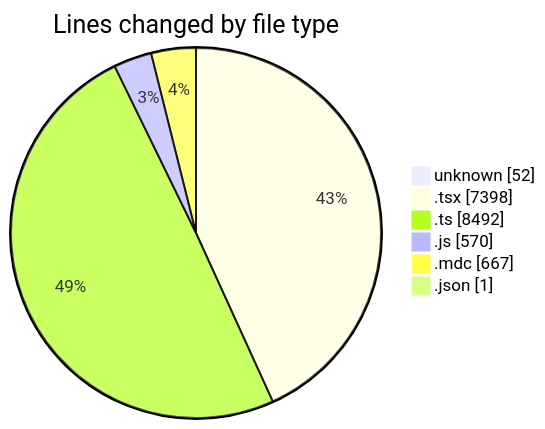
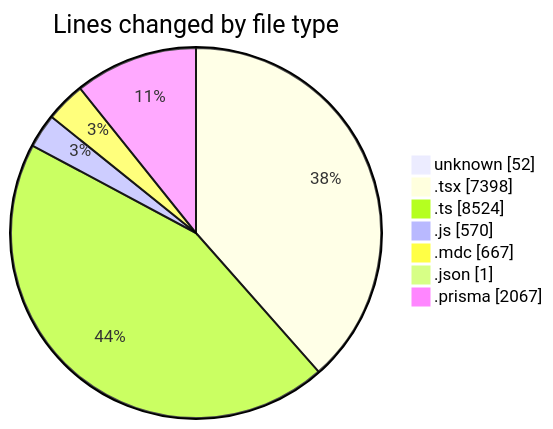
Before and after one commit to CELIANVF/code-tracking: the first of 2 diagrams in 2025-06-02/ecodeli-1/README.md, drawn with Mermaid. The commit also changed other lines of this file and 1 other file, not shown here.

````diff
--- a/2025-06-02/ecodeli-1/README.md
+++ b/2025-06-02/ecodeli-1/README.md
@@ -78,10 +79,11 @@
 ```mermaid
 pie showData
 title Lines changed by file type
 "unknown" : 52
 ".tsx" : 7398
-".ts" : 8492
+".ts" : 8524
 ".js" : 570
 ".mdc" : 667
 ".json" : 1
+".prisma" : 2067
 ```
````
